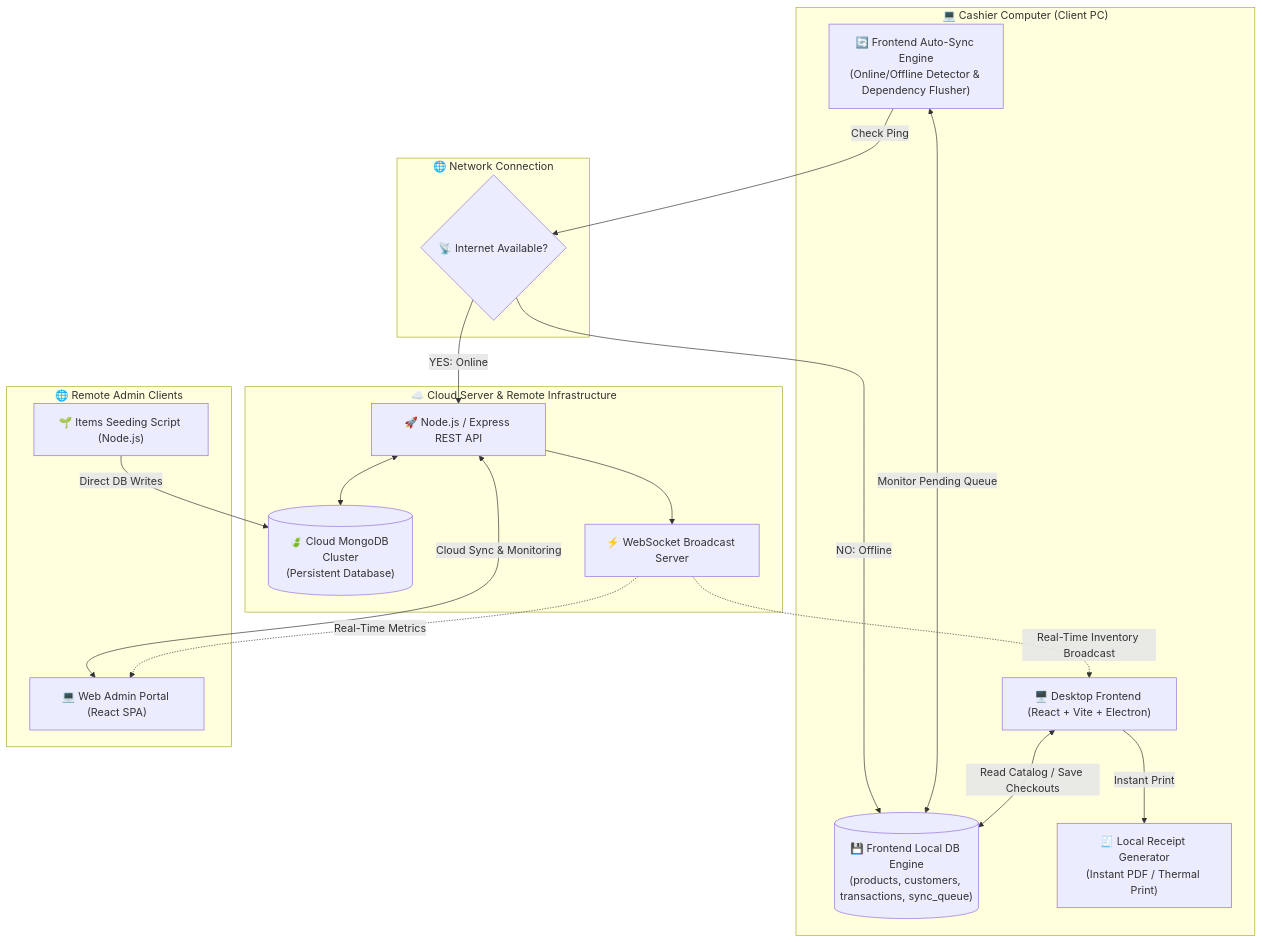
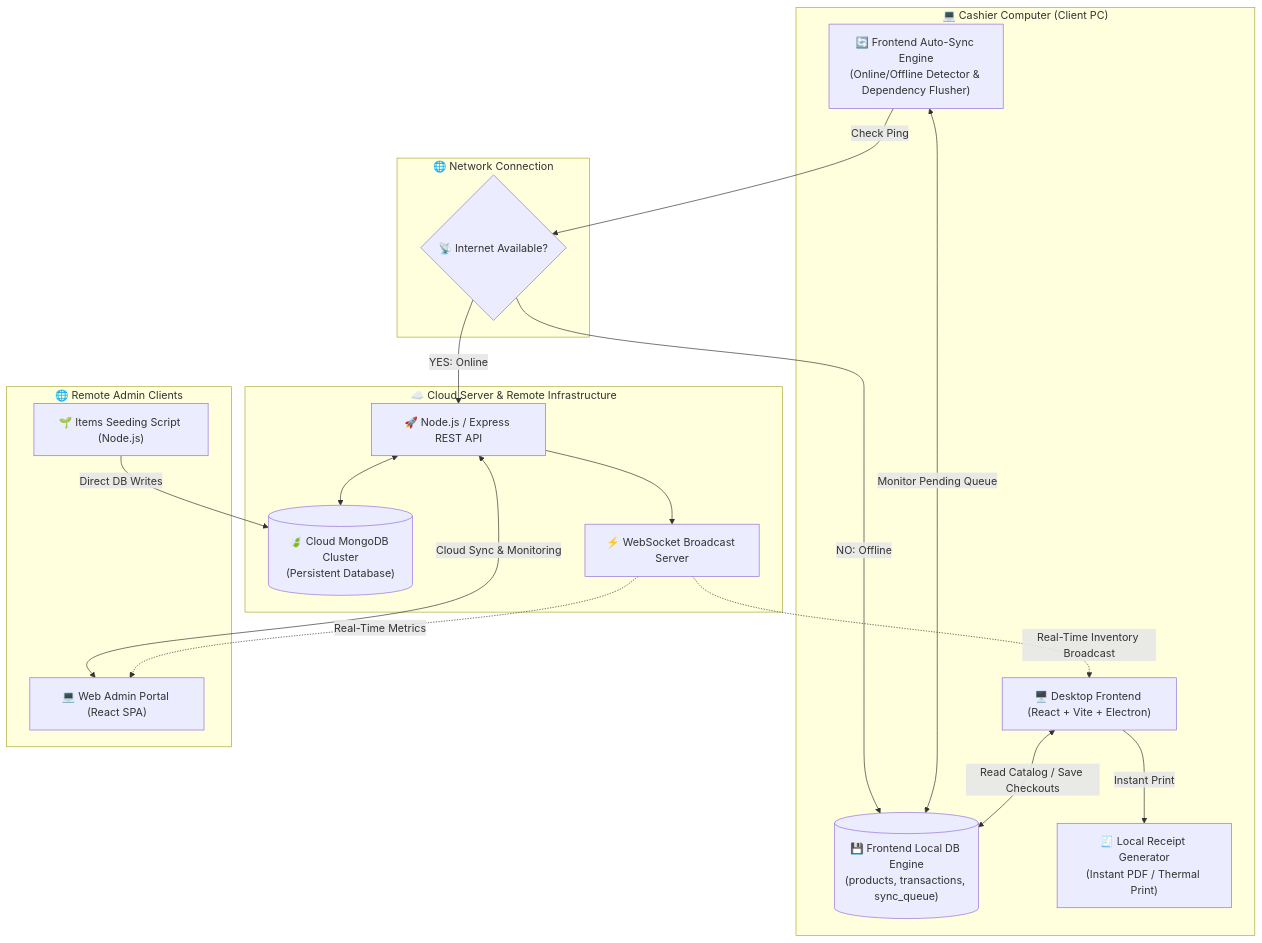
The first of 2 diagrams in ARCHITECTURE.md (yashan223/xona-pos), drawn with Mermaid before and after one commit. The commit also changed other lines of this file and 2 other files, not shown here.

````diff
--- a/ARCHITECTURE.md
+++ b/ARCHITECTURE.md
@@ -9,40 +9,40 @@
 ```mermaid
 flowchart TD
     subgraph ClientPC ["💻 Cashier Computer (Client PC)"]
         UI["🖥️ Desktop Frontend (React + Vite + Electron)"]
-        LocalDB[("💾 Frontend Local DB Engine\n(products, customers, transactions, sync_queue)")]
+        LocalDB[("💾 Frontend Local DB Engine\n(products, transactions, sync_queue)")]
         SyncEngine["🔄 Frontend Auto-Sync Engine\n(Online/Offline Detector & Dependency Flusher)"]
         ReceiptGen["🧾 Local Receipt Generator\n(Instant PDF / Thermal Print)"]
 
         UI <-->|Read Catalog / Save Checkouts| LocalDB
         UI -->|Instant Print| ReceiptGen
         SyncEngine <-->|Monitor Pending Queue| LocalDB
     end
 
     subgraph NetworkBoundary ["🌐 Network Connection"]
         InternetStatus{"📡 Internet Available?"}
     end
 
     subgraph CloudInfra ["☁️ Cloud Server & Remote Infrastructure"]
         CloudBackend["🚀 Node.js / Express REST API"]
         MongoDB[("🍃 Cloud MongoDB Cluster\n(Persistent Database)")]
         WS["⚡ WebSocket Broadcast Server"]
 
         CloudBackend <--> MongoDB
         CloudBackend --> WS
     end
     
     subgraph RemoteClients ["🌐 Remote Admin Clients"]
         WebAdmin["💻 Web Admin Portal (React SPA)"]
         ItemSeeder["🌱 Items Seeding Script (Node.js)"]
         
         WebAdmin <-->|Cloud Sync & Monitoring| CloudBackend
         ItemSeeder -->|Direct DB Writes| MongoDB
     end
 
     SyncEngine -->|"Check Ping"| InternetStatus
     InternetStatus -->|"YES: Online"| CloudBackend
     InternetStatus -->|"NO: Offline"| LocalDB
     WS -.->|Real-Time Inventory Broadcast| UI
     WS -.->|Real-Time Metrics| WebAdmin
 ```
````
